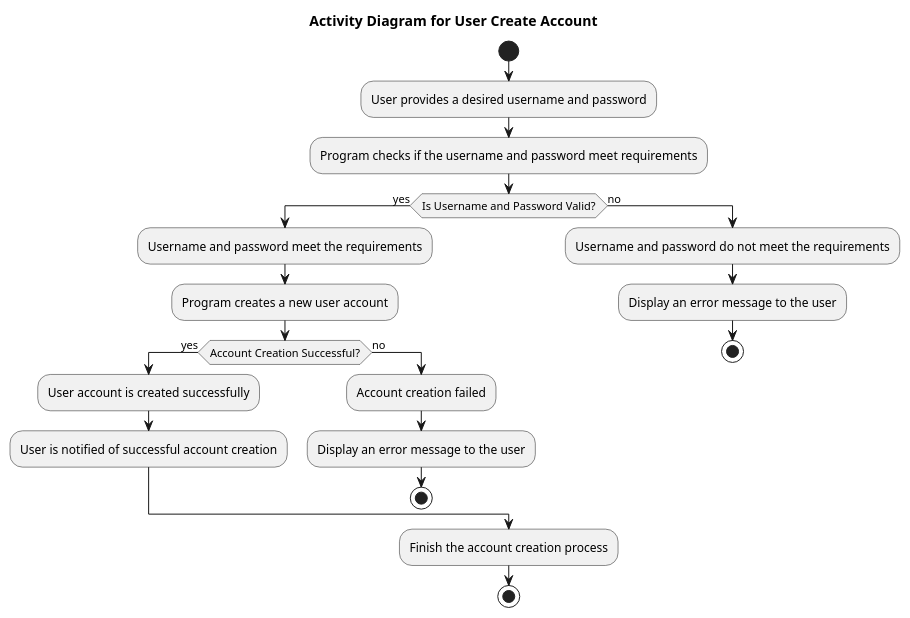
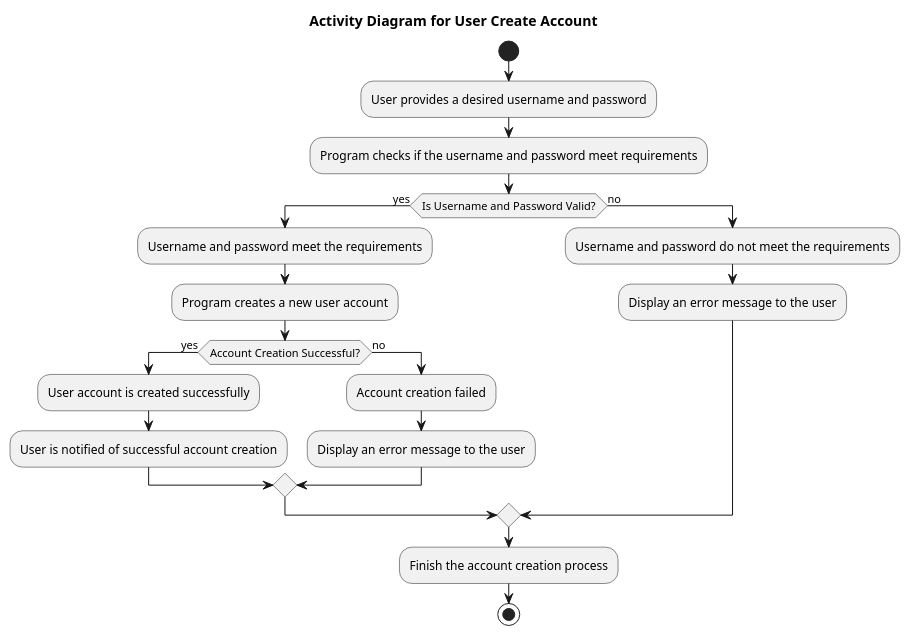
One commit to oleksandrblazhko/ai-215-kebikov changed the diagram in 2-SoftwareDesign/2.7-PlantUML/UML-Activity.puml. Above: the diagram before and after it, drawn with PlantUML.

```diff
--- a/2-SoftwareDesign/2.7-PlantUML/UML-Activity.puml
+++ b/2-SoftwareDesign/2.7-PlantUML/UML-Activity.puml
@@ -1,30 +1,27 @@
 @startuml
 
 title Activity Diagram for User Create Account
 
 start
 :User provides a desired username and password;
 :Program checks if the username and password meet requirements;
 
 if (Is Username and Password Valid?) then (yes)
   :Username and password meet the requirements;
   :Program creates a new user account;
   if (Account Creation Successful?) then (yes)
     :User account is created successfully;
     :User is notified of successful account creation;
   else (no)
     :Account creation failed;
     :Display an error message to the user;
-    stop
   endif
 else (no)
   :Username and password do not meet the requirements;
   :Display an error message to the user;
-  stop
 endif
 
 :Finish the account creation process;
-
 stop
 
 @enduml
```
